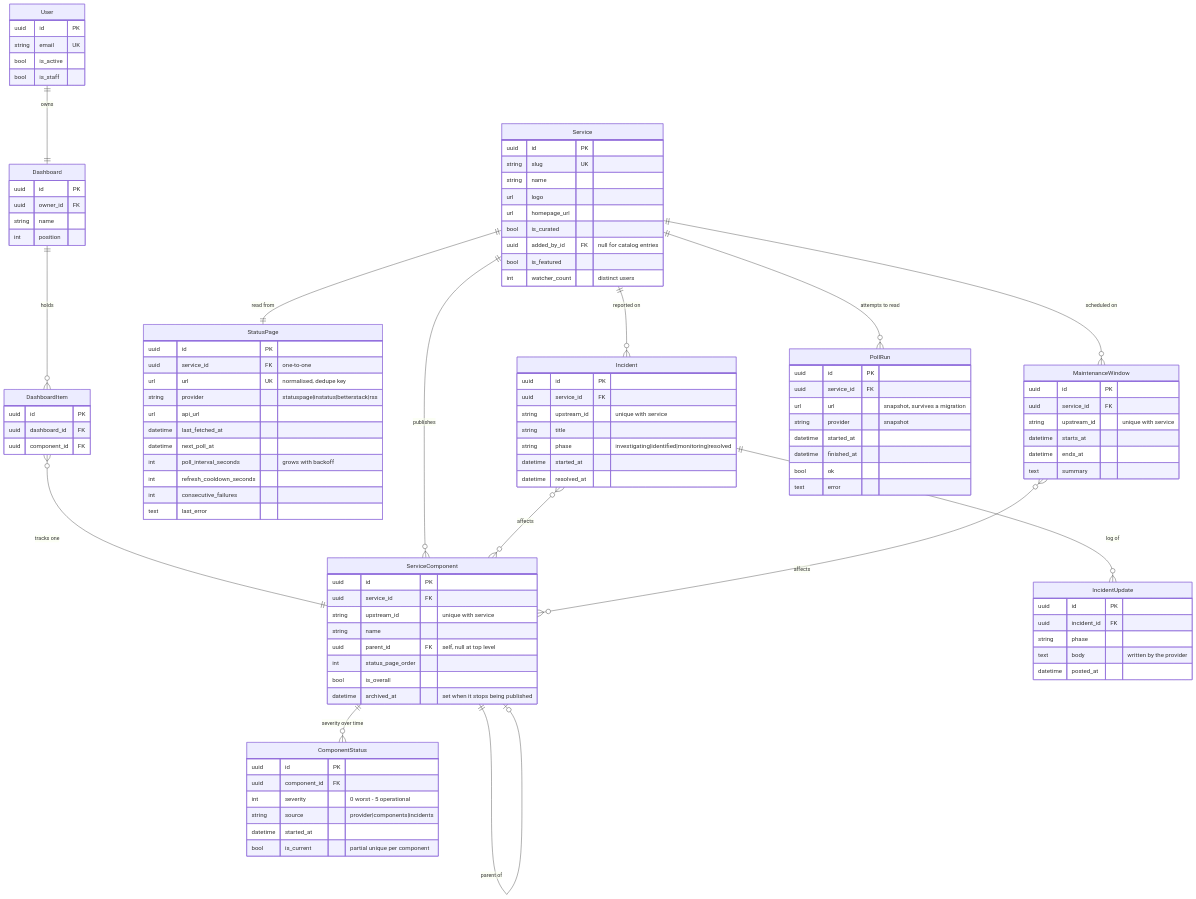
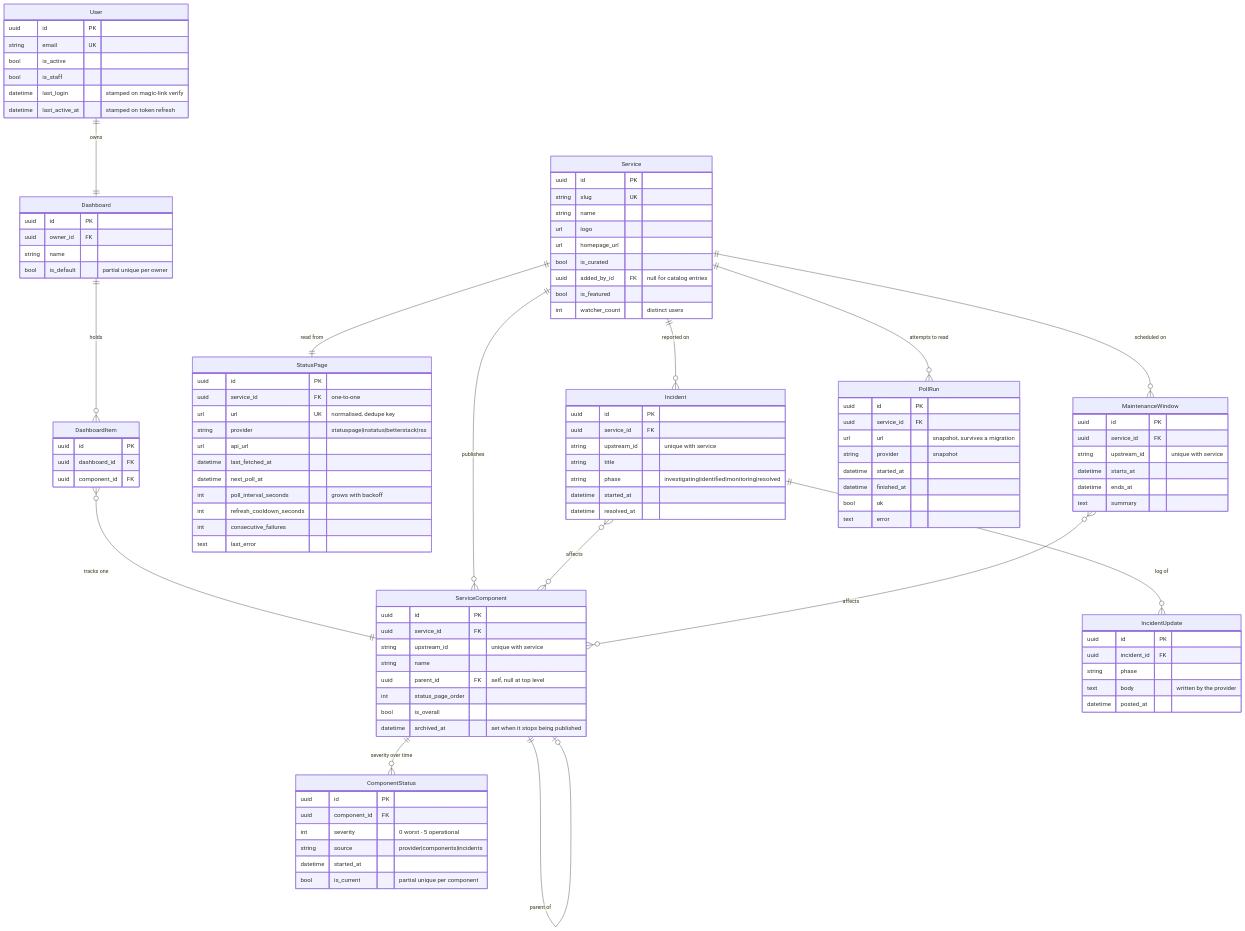
One commit to thalida/statusboard changed the second of 2 diagrams in docs/specs/2026-08-23-statusboard-design.md. Above: the diagram before and after it, drawn with Mermaid. The commit also changed other lines of this file and 1 other file, not shown here.

```diff
--- a/docs/specs/2026-08-23-statusboard-design.md
+++ b/docs/specs/2026-08-23-statusboard-design.md
@@ -109,12 +109,14 @@
         string email UK
         bool is_active
         bool is_staff
+        datetime last_login "stamped on magic-link verify"
+        datetime last_active_at "stamped on token refresh"
     }
     Dashboard {
         uuid id PK
         uuid owner_id FK
         string name
-        int position
+        bool is_default "partial unique per owner"
     }
     DashboardItem {
         uuid id PK
```
